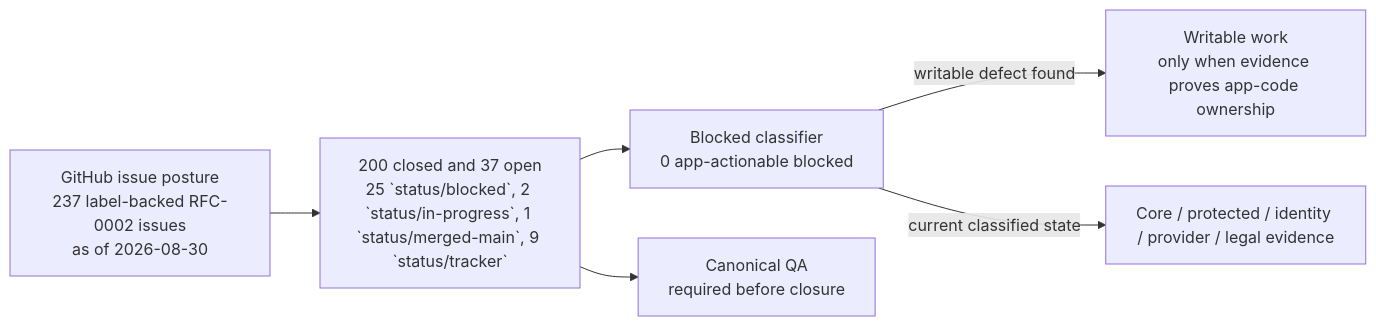
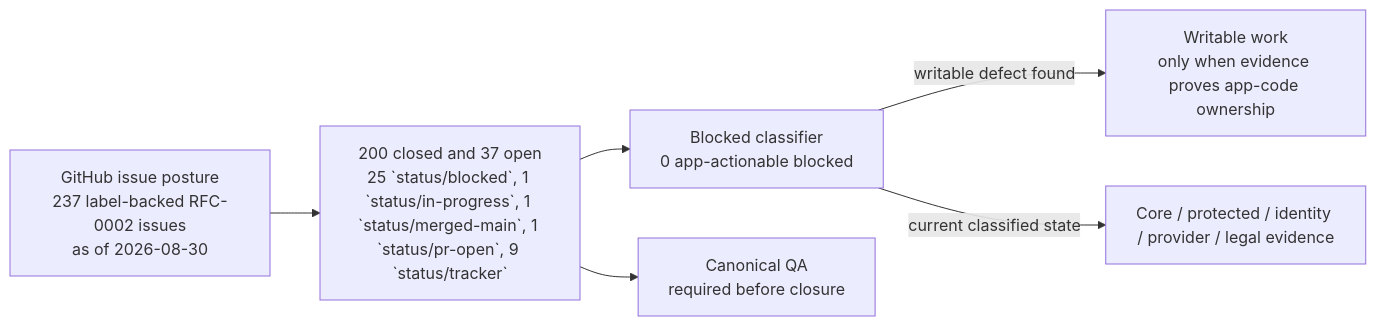
Before and after one commit to sgajbi/lotus-idea: the first of 2 diagrams in wiki/RFC-0002-Execution-Status.md, drawn with Mermaid. The commit also changed other lines of this file and 9 other files, not shown here.

````diff
--- a/wiki/RFC-0002-Execution-Status.md
+++ b/wiki/RFC-0002-Execution-Status.md
@@ -41,15 +41,15 @@
 ```mermaid
 flowchart LR
     Issues["GitHub issue posture<br/>237 label-backed RFC-0002 issues<br/>as of 2026-08-30"]
-    Open["200 closed and 37 open<br/>25 `status/blocked`, 2 `status/in-progress`, 1 `status/merged-main`, 9 `status/tracker`"]
+    Open["200 closed and 37 open<br/>25 `status/blocked`, 1 `status/in-progress`, 1 `status/merged-main`, 1 `status/pr-open`, 9 `status/tracker`"]
     Blocked["Blocked classifier<br/>0 app-actionable blocked"]
     Work["Writable work<br/>only when evidence proves app-code ownership"]
     External["Core / protected / identity / provider / legal evidence"]
     QA["Canonical QA<br/>required before closure"]
 
     Issues --> Open
     Open --> Blocked
     Blocked -->|"writable defect found"| Work
     Blocked -->|"current classified state"| External
     Open --> QA
 ```
````
